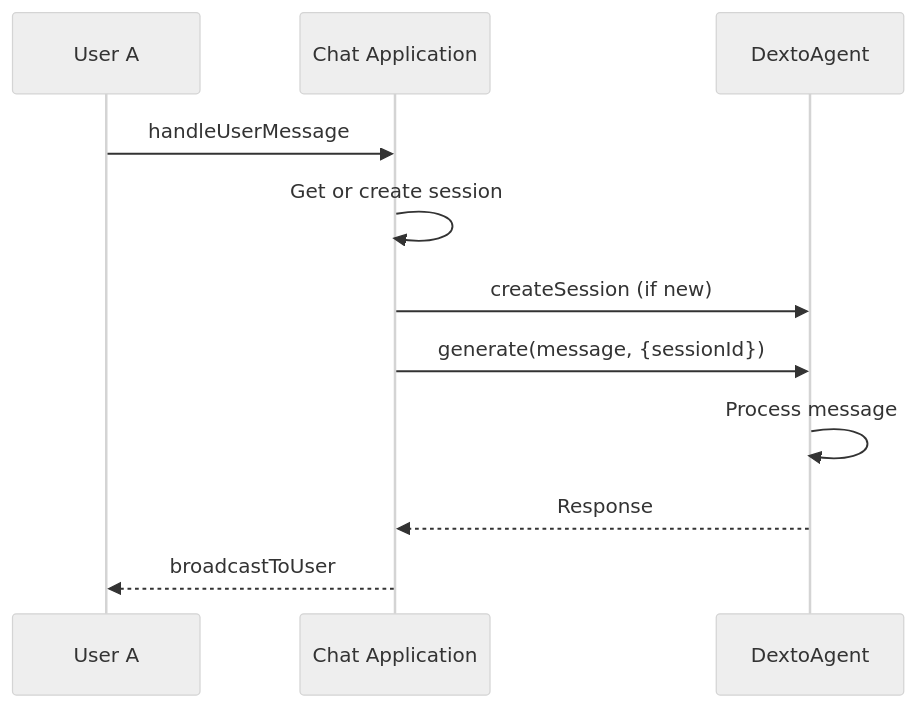
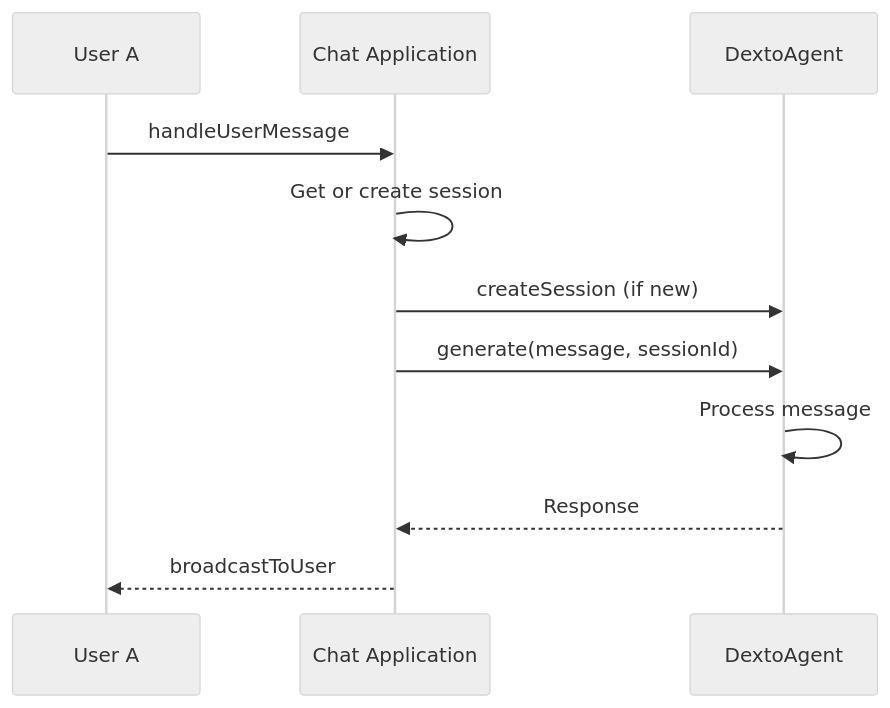
One commit to truffle-ai/dexto changed the first of 2 diagrams in docs/docs/guides/dexto-sdk.md. Above: the diagram before and after it, drawn with Mermaid (neutral theme). The commit also changed other lines of this file and 177 other files, not shown here.

````diff
--- a/docs/docs/guides/dexto-sdk.md
+++ b/docs/docs/guides/dexto-sdk.md
@@ -186,14 +263,14 @@
 ```mermaid
 sequenceDiagram
     participant User1 as User A
     participant ChatApp as Chat Application
     participant Agent as DextoAgent
 
     User1->>ChatApp: handleUserMessage
     ChatApp->>ChatApp: Get or create session
     ChatApp->>Agent: createSession (if new)
-    ChatApp->>Agent: generate(message, {sessionId})
+    ChatApp->>Agent: generate(message, sessionId)
     Agent->>Agent: Process message
     Agent-->>ChatApp: Response
     ChatApp-->>User1: broadcastToUser
 ```
````
